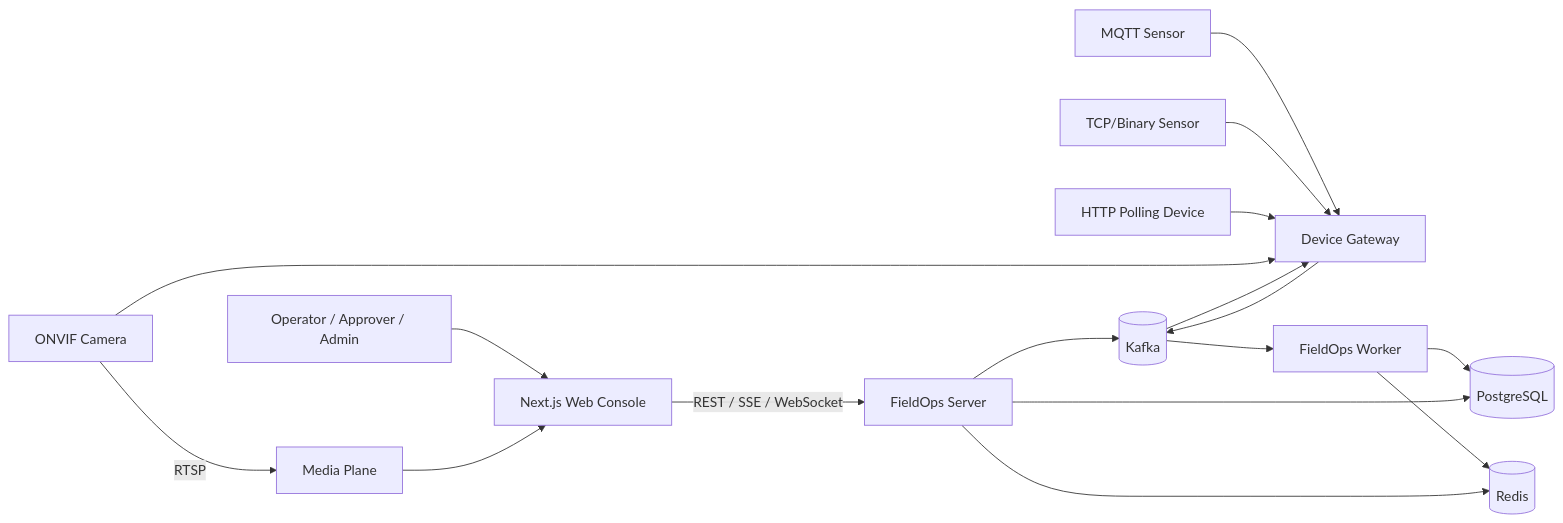
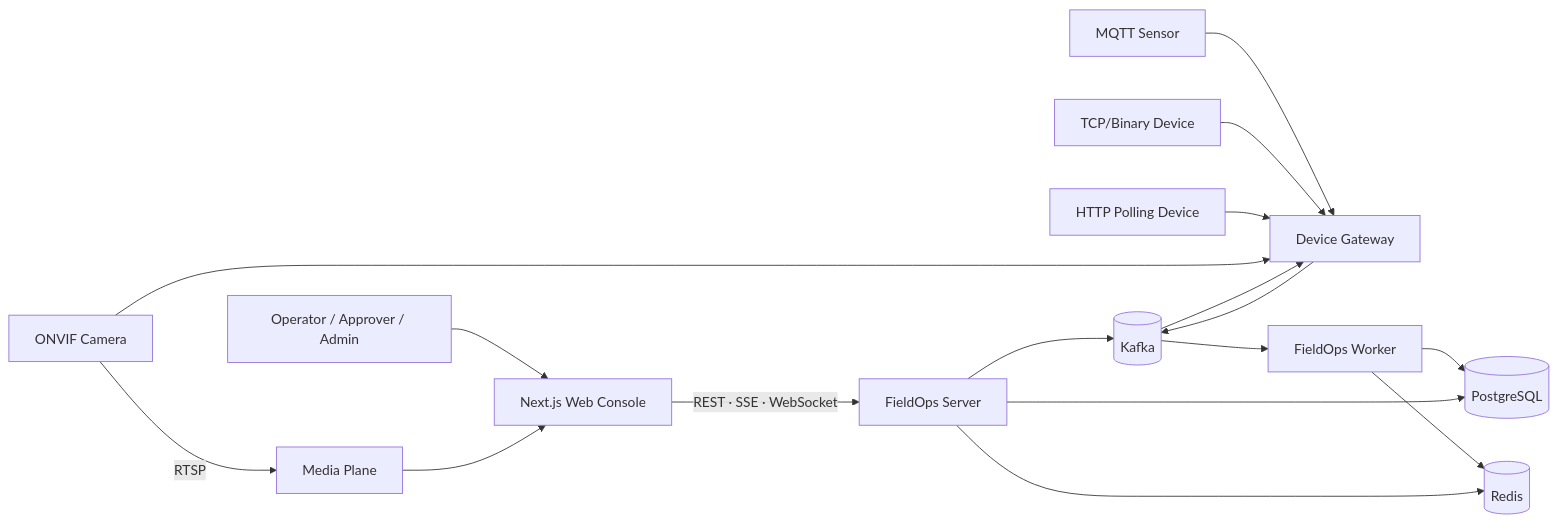
Before and after one commit to krait4g/fieldops-control-plane: the diagram in docs/architecture.md, drawn with Mermaid. The commit also changed other lines of this file and 15 other files, not shown here.

````diff
--- a/docs/architecture.md
+++ b/docs/architecture.md
@@ -27,22 +16,23 @@
 ```mermaid
 flowchart LR
-    OP[Operator / Approver / Admin] --> WEB[Next.js Web Console]
-    WEB -->|REST / SSE / WebSocket| API[FieldOps Server]
+    USER[Operator / Approver / Admin] --> WEB[Next.js Web Console]
+    WEB -->|REST · SSE · WebSocket| API[FieldOps Server]
 
     MQTT[MQTT Sensor] --> GW[Device Gateway]
-    TCP[TCP/Binary Sensor] --> GW
+    TCP[TCP/Binary Device] --> GW
     POLL[HTTP Polling Device] --> GW
     CAM[ONVIF Camera] --> GW
     CAM -->|RTSP| MEDIA[Media Plane]
     MEDIA --> WEB
 
     GW --> K[(Kafka)]
-    K --> W[FieldOps Worker]
-    W --> PG[(PostgreSQL)]
-    W --> RD[(Redis)]
+    K --> WORKER[FieldOps Worker]
+
+    WORKER --> PG[(PostgreSQL)]
+    WORKER --> RD[(Redis)]
 
     API --> PG
     API --> RD
     API --> K
     K --> GW
 ```
````
